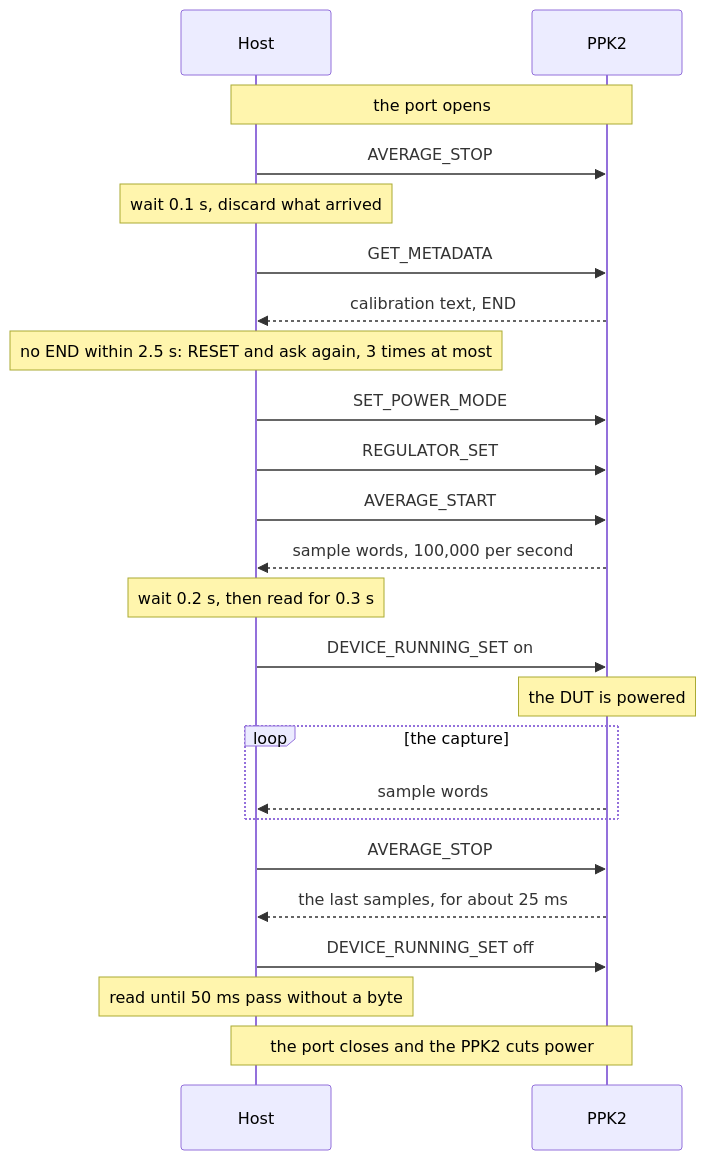
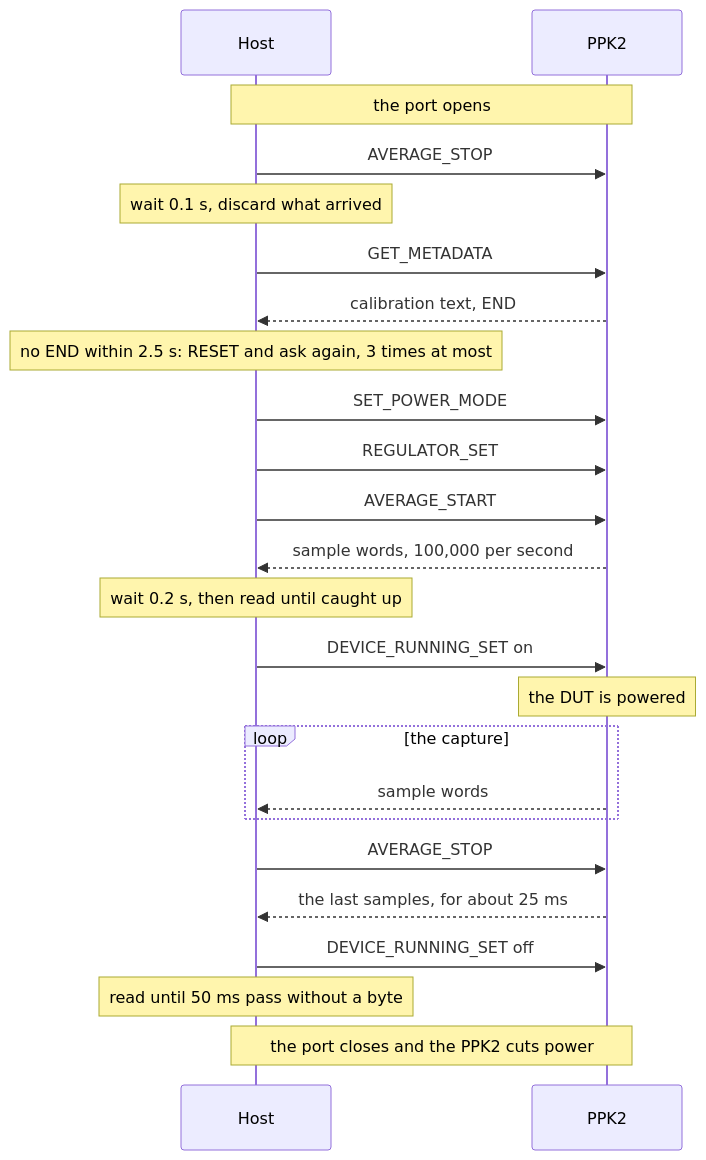
Before and after one commit to rdagher/ppk2-lib: the fourth of 4 diagrams in docs/measure/protocol.md, drawn with Mermaid. The commit also changed other lines of this file and 15 other files, not shown here.

````diff
--- a/docs/measure/protocol.md
+++ b/docs/measure/protocol.md
@@ -297,30 +297,30 @@
 ```mermaid
 sequenceDiagram
     participant Host
     participant PPK2
 
     Note over Host,PPK2: the port opens
     Host->>PPK2: AVERAGE_STOP
     Note over Host: wait 0.1 s, discard what arrived
     Host->>PPK2: GET_METADATA
     PPK2-->>Host: calibration text, END
     Note over Host: no END within 2.5 s: RESET and ask again, 3 times at most
 
     Host->>PPK2: SET_POWER_MODE
     Host->>PPK2: REGULATOR_SET
     Host->>PPK2: AVERAGE_START
     PPK2-->>Host: sample words, 100,000 per second
-    Note over Host: wait 0.2 s, then read for 0.3 s
+    Note over Host: wait 0.2 s, then read until caught up
     Host->>PPK2: DEVICE_RUNNING_SET on
     Note over PPK2: the DUT is powered
 
     loop the capture
         PPK2-->>Host: sample words
     end
 
     Host->>PPK2: AVERAGE_STOP
     PPK2-->>Host: the last samples, for about 25 ms
     Host->>PPK2: DEVICE_RUNNING_SET off
     Note over Host: read until 50 ms pass without a byte
     Note over Host,PPK2: the port closes and the PPK2 cuts power
 ```
````
